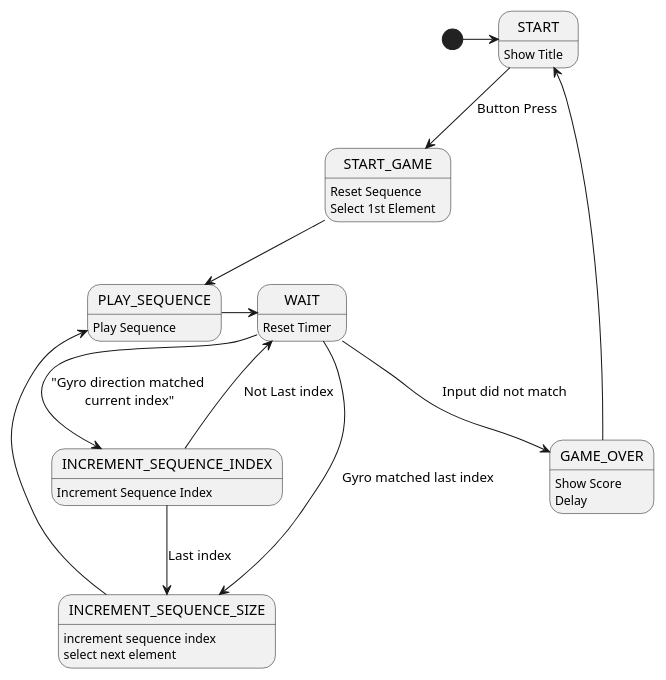
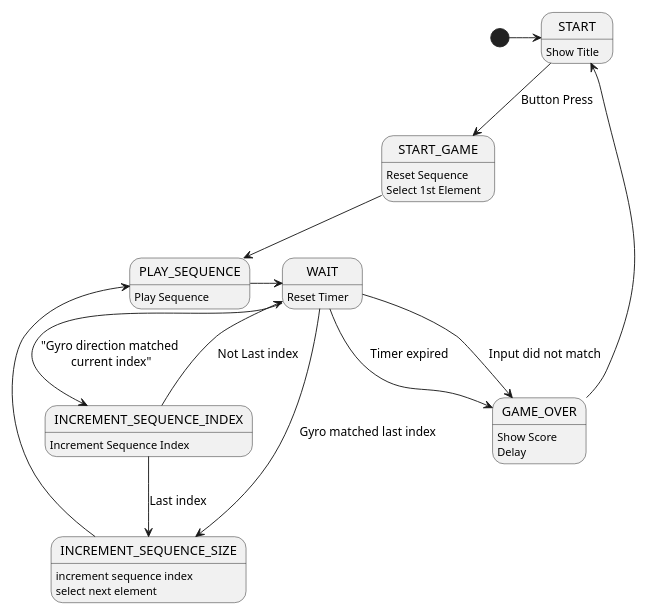
Before and after one commit to tnhabib/making_embedded_systems: the diagram in week4/gyroStateDiag.iuml, drawn with PlantUML.

```diff
--- a/week4/gyroStateDiag.iuml
+++ b/week4/gyroStateDiag.iuml
@@ -2,26 +2,27 @@
 @startuml
 scale 600 width
 
 [*] -> START
 START: Show Title
 START --> START_GAME : Button Press
 START_GAME: Reset Sequence
 START_GAME: Select 1st Element
 START_GAME --> PLAY_SEQUENCE
 PLAY_SEQUENCE: Play Sequence
 PLAY_SEQUENCE-> WAIT
 WAIT: Reset Timer
 WAIT --> GAME_OVER : Input did not match
+WAIT --> GAME_OVER : Timer expired
 GAME_OVER: Show Score
 GAME_OVER: Delay
 GAME_OVER-> START
 WAIT-->INCREMENT_SEQUENCE_INDEX: "Gyro direction matched\n current index"
 WAIT-->INCREMENT_SEQUENCE_SIZE: Gyro matched last index
 INCREMENT_SEQUENCE_INDEX: Increment Sequence Index
 INCREMENT_SEQUENCE_INDEX-> WAIT: Not Last index
 INCREMENT_SEQUENCE_INDEX--> INCREMENT_SEQUENCE_SIZE: Last index
 INCREMENT_SEQUENCE_SIZE: increment sequence index
 INCREMENT_SEQUENCE_SIZE: select next element
 INCREMENT_SEQUENCE_SIZE-> PLAY_SEQUENCE
 
 @end_uml
```
